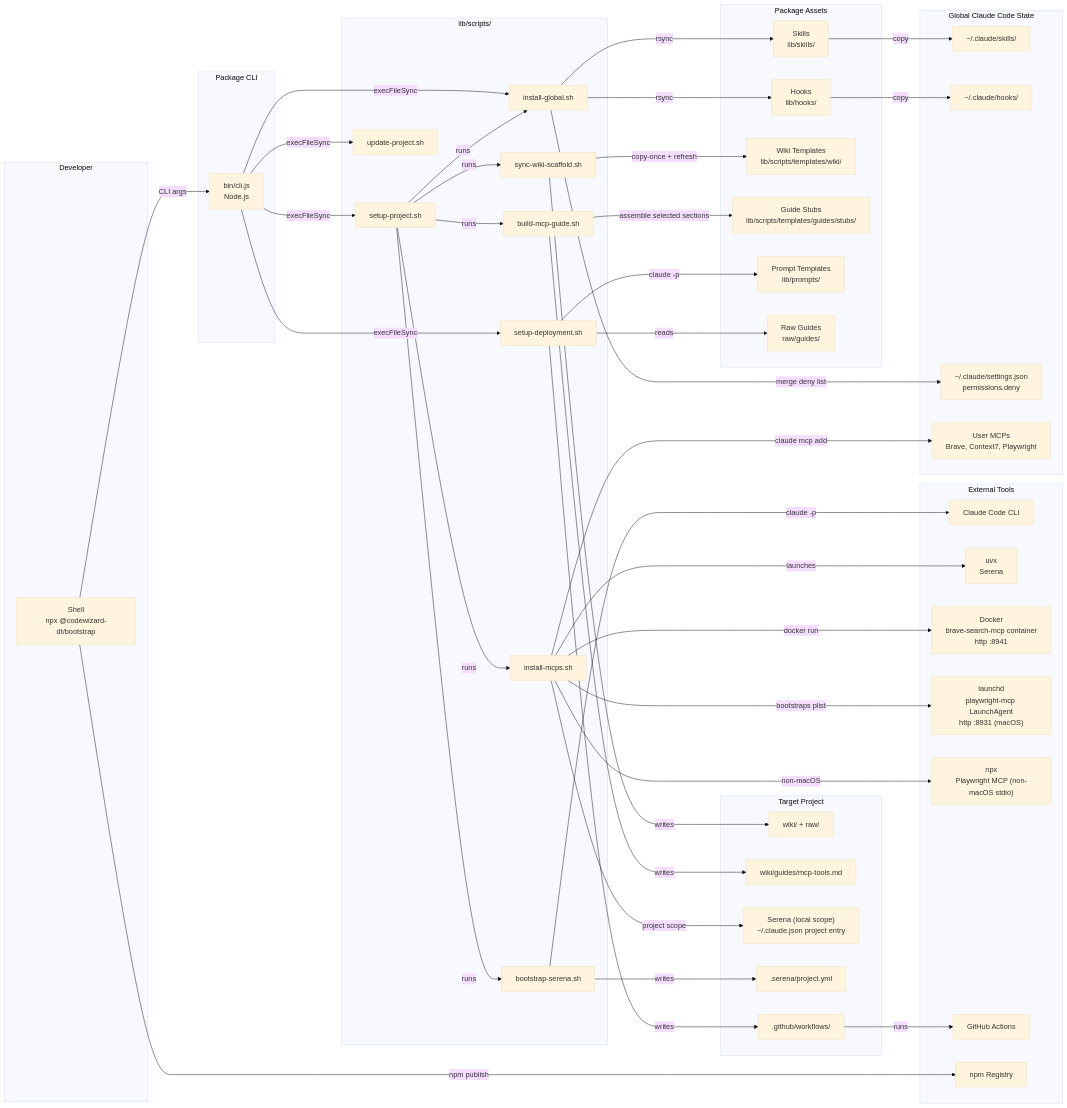
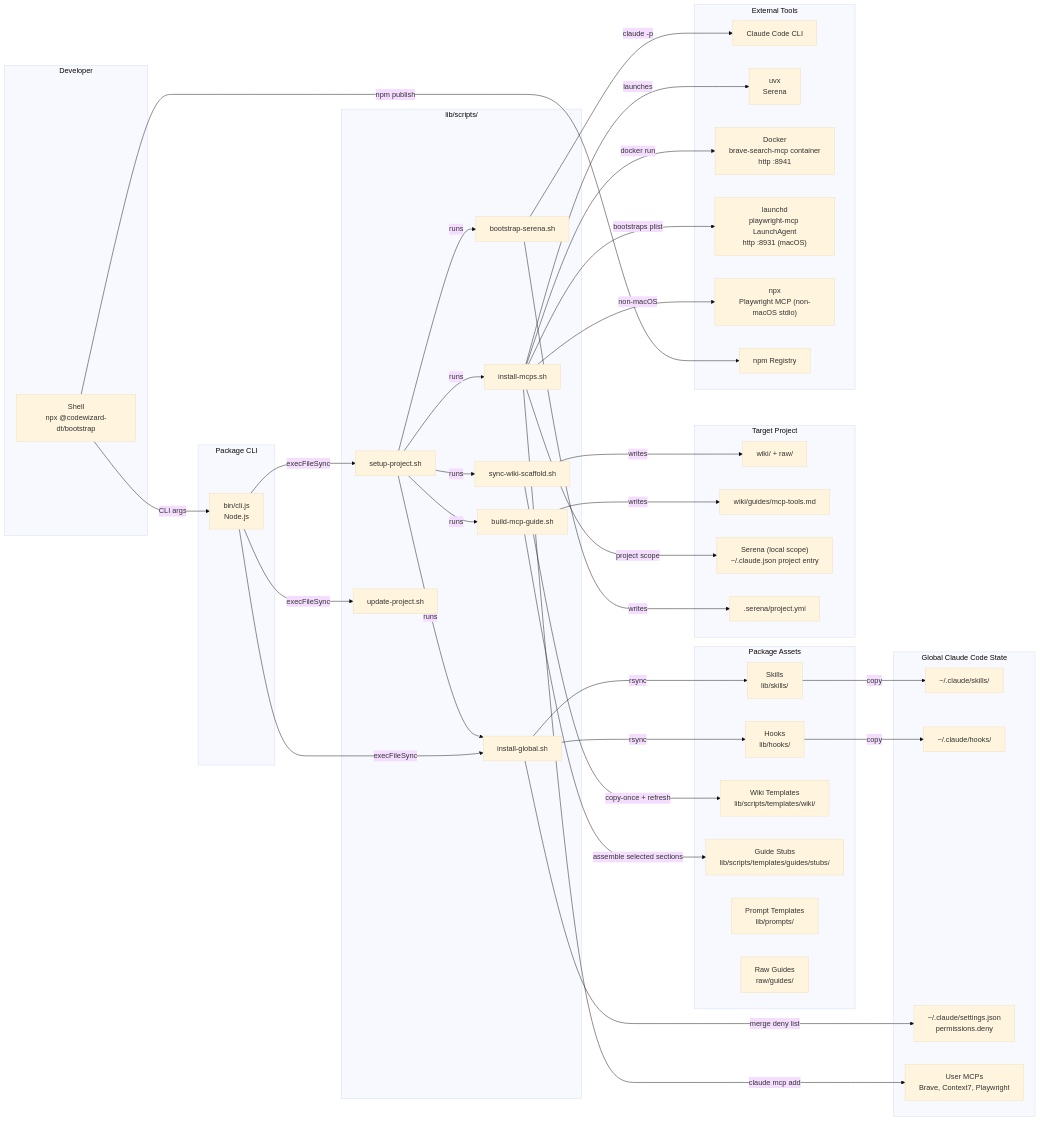
One commit to codewizard-dt/bootstrap-claude changed the first of 3 diagrams in README.md. Above: the diagram before and after it, drawn with Mermaid (base theme). The commit also changed other lines of this file and 127 other files, not shown here.

Commit message:
[major] Complete ROADMAP-010: remove Docker test harness, GitHub Actions CI, and /bootstrap deploy feature

````diff
--- a/README.md
+++ b/README.md
@@ -113,7 +105,6 @@
     MCPS["install-mcps.sh"]
     WIKI["sync-wiki-scaffold.sh"]
     GUIDE["build-mcp-guide.sh"]
-    DEPLOY["setup-deployment.sh"]
     SERENA["bootstrap-serena.sh"]
   end
 
@@ -138,7 +129,6 @@
     DOCS["wiki/guides/mcp-tools.md"]
     MCP_JSON["Serena (local scope)<br/>~/.claude.json project entry"]
     SERENA_CFG[".serena/project.yml"]
-    WORKFLOWS[".github/workflows/"]
   end
 
   subgraph External ["External Tools"]
@@ -147,7 +137,6 @@
     DOCKER["Docker<br/>brave-search-mcp container<br/>http :8941"]
     LAUNCHD["launchd<br/>playwright-mcp LaunchAgent<br/>http :8931 (macOS)"]
     NPX["npx<br/>Playwright MCP (non-macOS stdio)"]
-    GHA["GitHub Actions"]
     NPM["npm Registry"]
   end
 
@@ -155,7 +144,6 @@
   BIN -->|execFileSync| SETUP
   BIN -->|execFileSync| UPDATE
   BIN -->|execFileSync| INSTALL
-  BIN -->|execFileSync| DEPLOY
   SETUP -->|runs| MCPS
   SETUP -->|runs| INSTALL
   SETUP -->|runs| WIKI
@@ -176,11 +164,7 @@
   WIKI -->|writes| WIKI_DIR
   GUIDE -->|assemble selected sections| STUBS
   GUIDE -->|writes| DOCS
-  DEPLOY -->|claude -p| PROMPTS
-  DEPLOY -->|reads| RAW
-  DEPLOY -->|writes| WORKFLOWS
   SERENA -->|claude -p| CLAUDE
   SERENA -->|writes| SERENA_CFG
-  WORKFLOWS -->|runs| GHA
   DEV -->|npm publish| NPM
 ```
````
